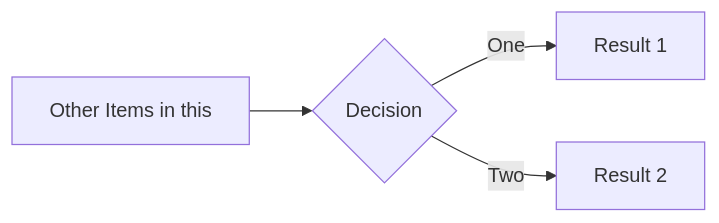
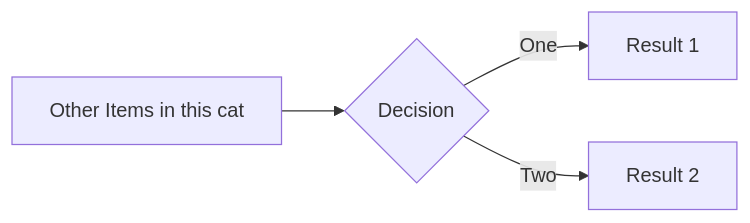
The diagram in slides.md (gerbssusd/dok), drawn with Mermaid before and after one commit.

````diff
--- a/slides.md
+++ b/slides.md
@@ -217,6 +217,6 @@
 ```mermaid {theme: 'neutral', scale: 0.8}
 graph LR
-B[Other Items in this ] --> C{Decision}
+B[Other Items in this cat] --> C{Decision}
 C -->|One| D[Result 1]
 C -->|Two| E[Result 2]
 ```
````
